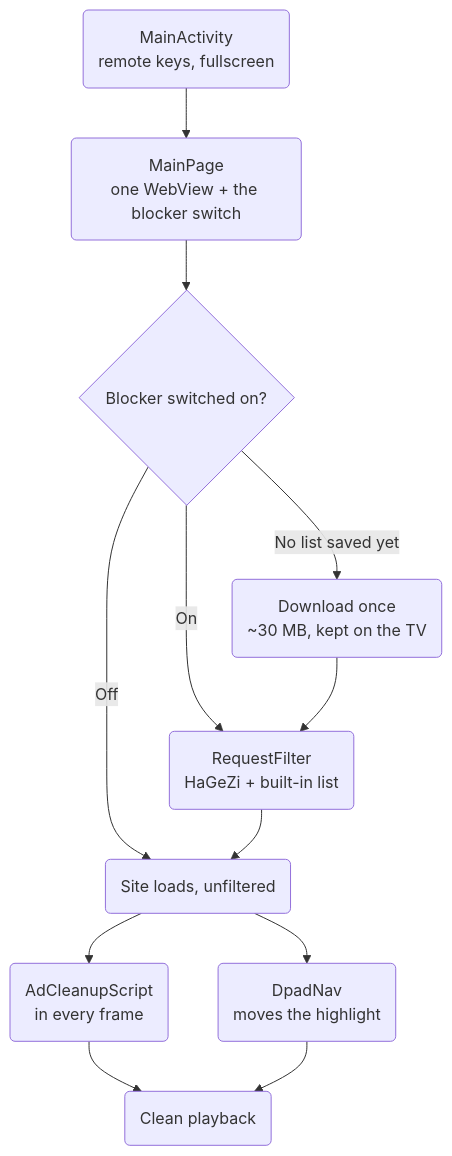
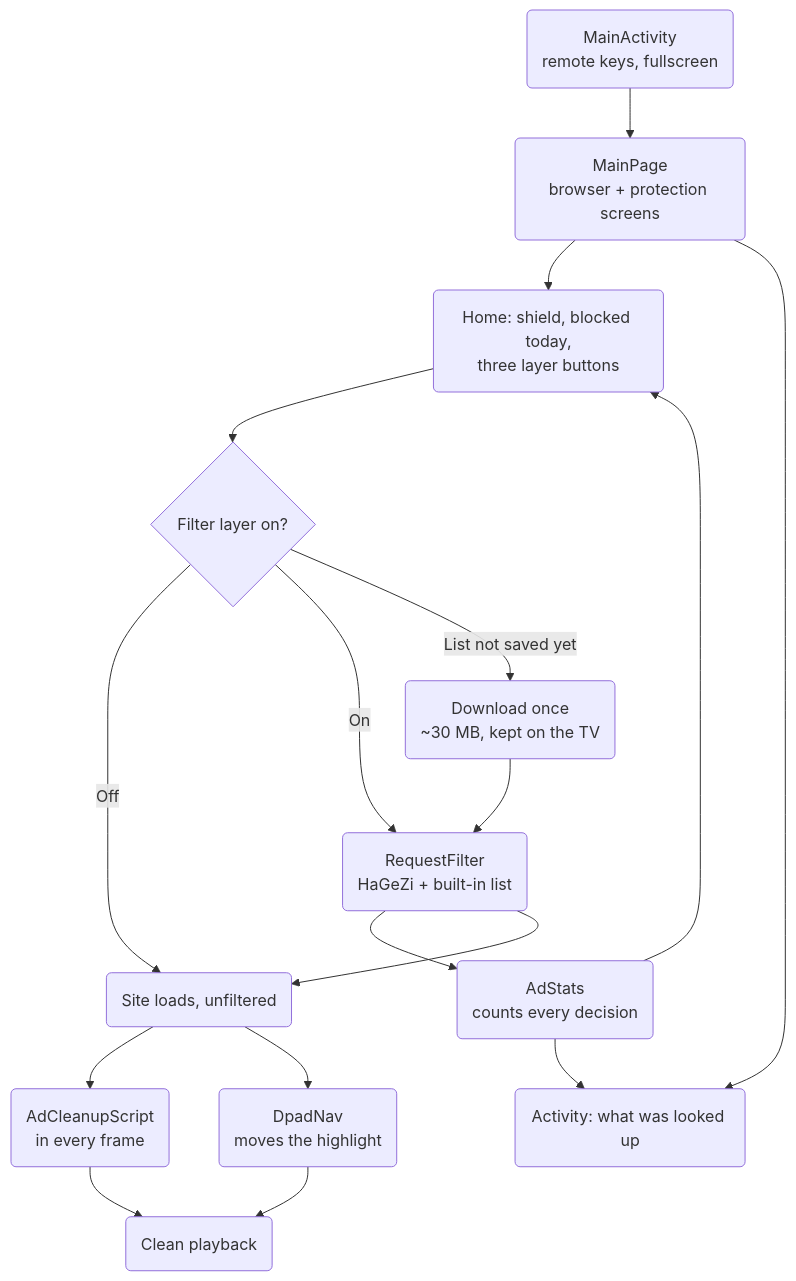
Before and after one commit to User07x07/Un0Tv: the diagram in README.md, drawn with Mermaid. The commit also changed other lines of this file and 6 other files, not shown here.

````diff
--- a/README.md
+++ b/README.md
@@ -53,14 +54,19 @@
 ```mermaid
 flowchart TD
-    A("MainActivity<br/>remote keys, fullscreen") --> B("MainPage<br/>one WebView + the blocker switch")
-    B --> C{"Blocker switched on?"}
+    A("MainActivity<br/>remote keys, fullscreen") --> B("MainPage<br/>browser + protection screens")
+    B --> H("Home: shield, blocked today,<br/>three layer buttons")
+    B --> L("Activity: what was looked up")
+    H --> C{"Filter layer on?"}
     C -->|"Off"| E("Site loads, unfiltered")
     C -->|"On"| F("RequestFilter<br/>HaGeZi + built-in list")
-    C -->|"No list saved yet"| D("Download once<br/>~30 MB, kept on the TV")
+    C -->|"List not saved yet"| D("Download once<br/>~30 MB, kept on the TV")
     D --> F
+    F --> S("AdStats<br/>counts every decision")
+    S --> H
+    S --> L
     F --> E
     E --> G("AdCleanupScript<br/>in every frame")
-    E --> H("DpadNav<br/>moves the highlight")
+    E --> N("DpadNav<br/>moves the highlight")
     G --> I("Clean playback")
-    H --> I
+    N --> I
 ```
````
